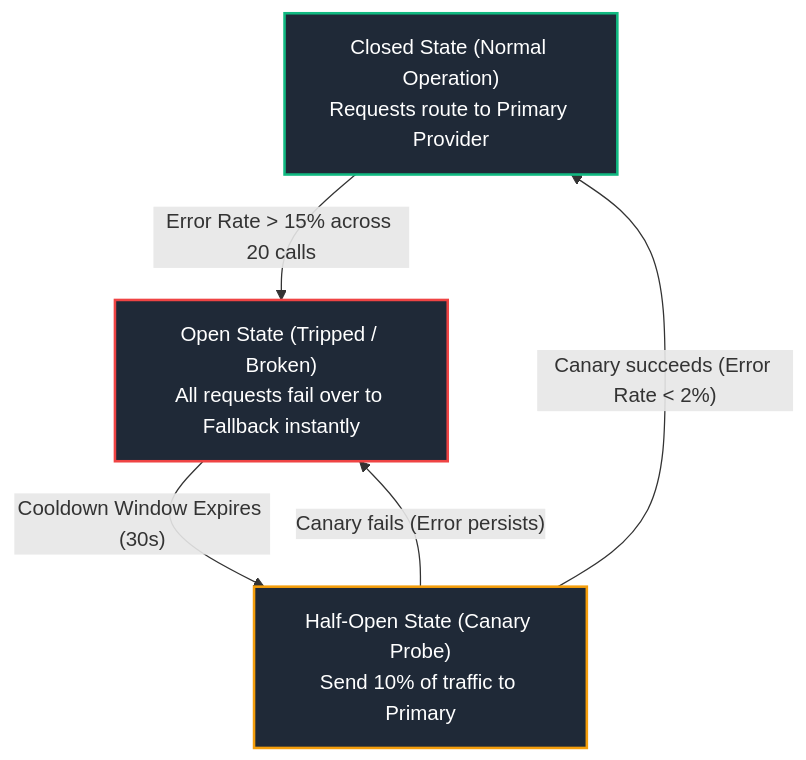
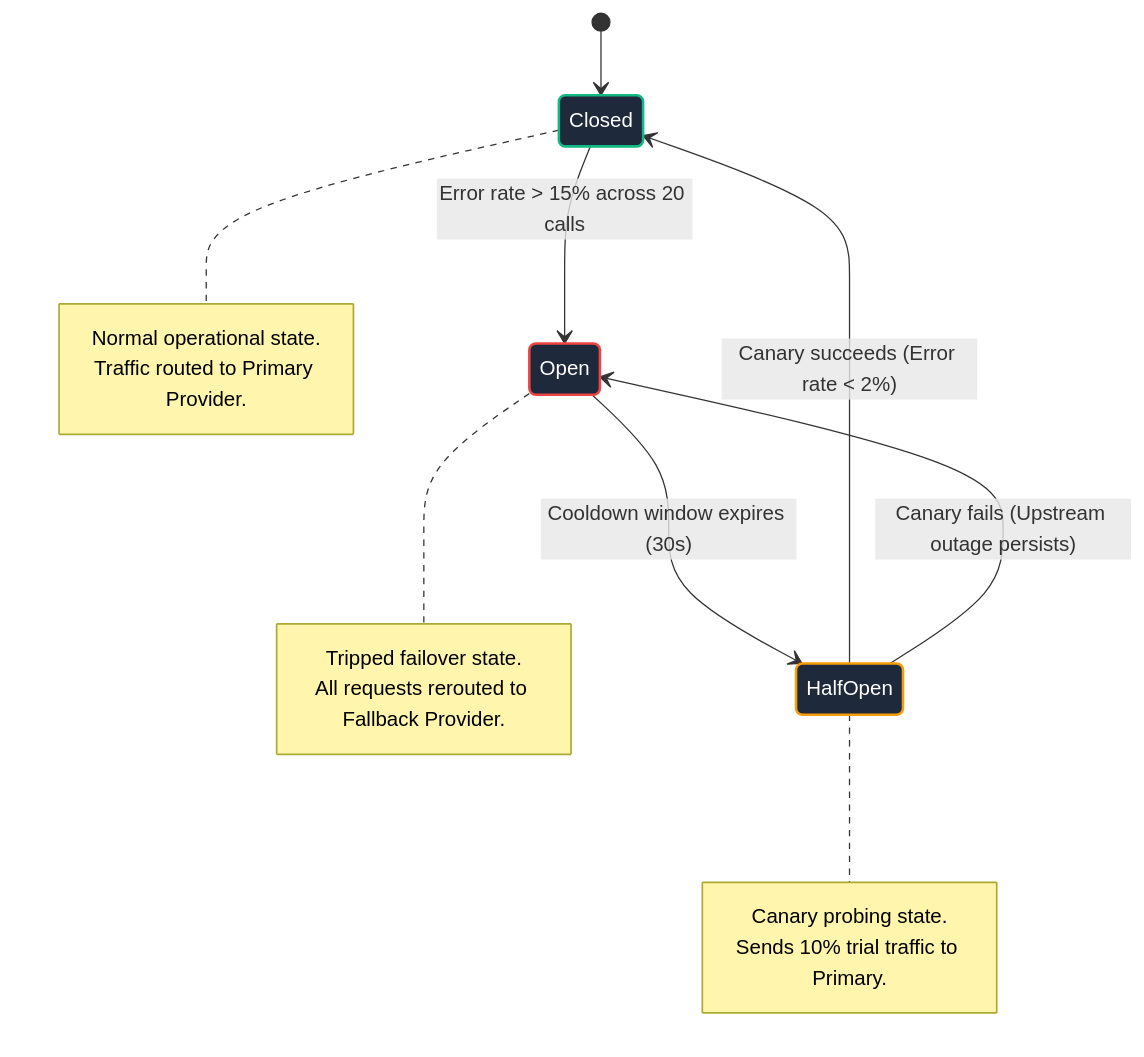
Before and after one commit to joydeep-biswas/Interview-Preparation: the third of 4 diagrams in AI Engineering/11_llmops_gateways_and_production_operations.md, drawn with Mermaid. The commit also changed other lines of this file and 76 other files, not shown here.

Commit message:
Updated Charts

````diff
--- a/AI Engineering/11_llmops_gateways_and_production_operations.md
+++ b/AI Engineering/11_llmops_gateways_and_production_operations.md
@@ -169,11 +190,31 @@
 ```mermaid
-flowchart TD
-    Closed["Closed State (Normal Operation)<br/>Requests route to Primary Provider"] -->|"Error Rate > 15% across 20 calls"| Open["Open State (Tripped / Broken)<br/>All requests fail over to Fallback instantly"]
-    Open -->|"Cooldown Window Expires (30s)"| HalfOpen["Half-Open State (Canary Probe)<br/>Send 10% of traffic to Primary"]
-    HalfOpen -->|"Canary succeeds (Error Rate < 2%)"| Closed
-    HalfOpen -->|"Canary fails (Error persists)"| Open
+stateDiagram-v2
+    classDef operational fill:#1e293b,stroke:#10b981,stroke-width:2px,color:#ffffff
+    classDef tripped fill:#1e293b,stroke:#ef4444,stroke-width:2px,color:#ffffff
+    classDef trial fill:#1e293b,stroke:#f59e0b,stroke-width:2px,color:#ffffff
 
-    style Closed fill:#1f2937,stroke:#10b981,stroke-width:2px,color:#fff
-    style Open fill:#1f2937,stroke:#ef4444,stroke-width:2px,color:#fff
-    style HalfOpen fill:#1f2937,stroke:#f59e0b,stroke-width:2px,color:#fff
+    [*] --> Closed
+    
+    Closed --> Open: Error rate > 15% across 20 calls
+    note right of Closed
+        Normal operational state.
+        Traffic routed to Primary Provider.
+    end note
+
+    Open --> HalfOpen: Cooldown window expires (30s)
+    note right of Open
+        Tripped failover state.
+        All requests rerouted to Fallback Provider.
+    end note
+
+    HalfOpen --> Closed: Canary succeeds (Error rate < 2%)
+    HalfOpen --> Open: Canary fails (Upstream outage persists)
+    note right of HalfOpen
+        Canary probing state.
+        Sends 10% trial traffic to Primary.
+    end note
+
+    class Closed operational
+    class Open tripped
+    class HalfOpen trial
 ```
````
